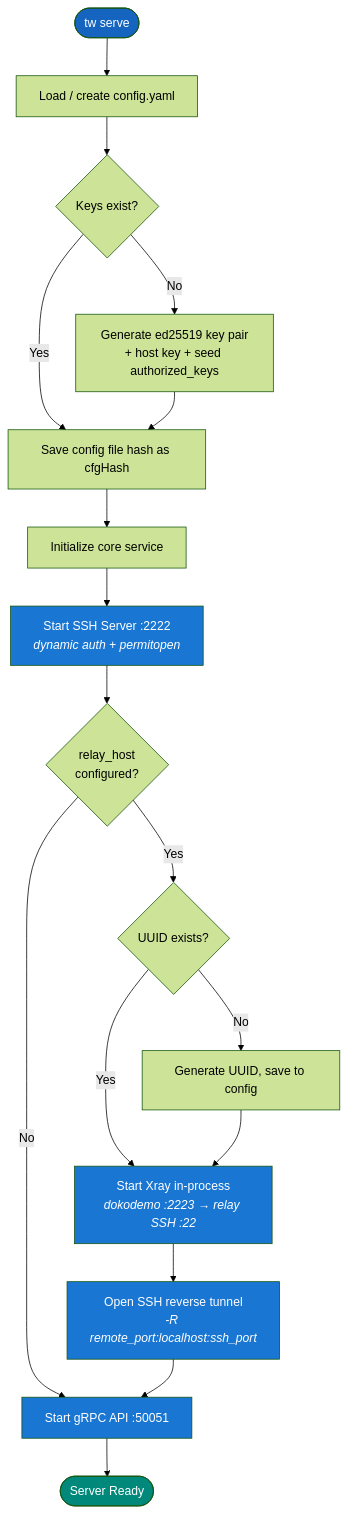
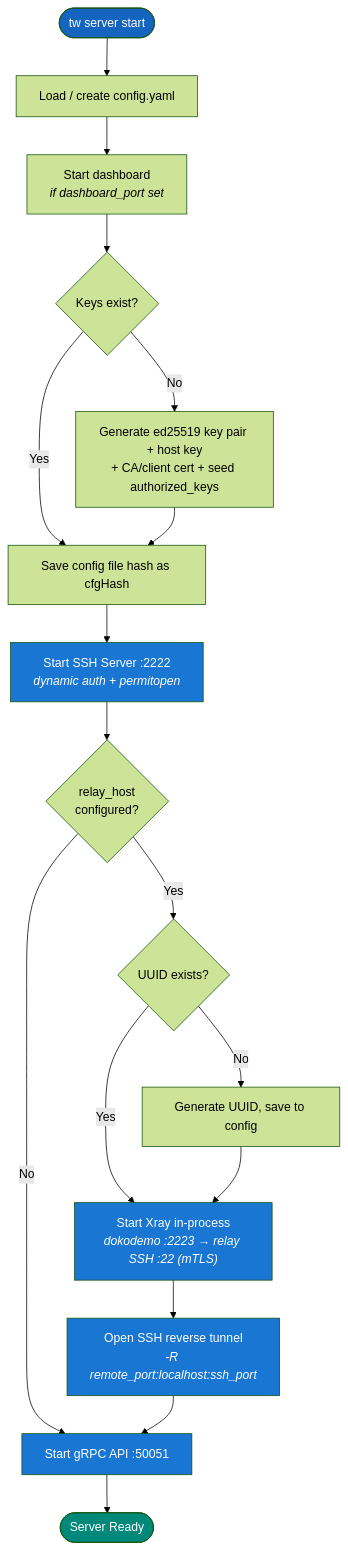
Before and after one commit to Tunnel-Whisperer/Tunnel-Whisperer: the first of 2 diagrams in docs/architecture/deployment.md, drawn with Mermaid (forest theme). The commit also changed other lines of this file and 45 other files, not shown here.

````diff
--- a/docs/architecture/deployment.md
+++ b/docs/architecture/deployment.md
@@ -136,27 +153,27 @@
 ```mermaid
 flowchart TD
-    START([tw serve]) --> LOAD[Load / create config.yaml]
-    LOAD --> KEYS{Keys exist?}
-    KEYS -->|No| GEN["Generate ed25519 key pair<br/>+ host key + seed authorized_keys"]
+    START([tw server start]) --> LOAD[Load / create config.yaml]
+    LOAD --> DASH["Start dashboard<br/><i>if dashboard_port set</i>"]
+    DASH --> KEYS{Keys exist?}
+    KEYS -->|No| GEN["Generate ed25519 key pair + host key<br/>+ CA/client cert + seed authorized_keys"]
     KEYS -->|Yes| HASH
     GEN --> HASH["Save config file hash as cfgHash"]
-    HASH --> INIT[Initialize core service]
-    INIT --> SSHD["Start SSH Server :2222<br/><i>dynamic auth + permitopen</i>"]
+    HASH --> SSHD["Start SSH Server :2222<br/><i>dynamic auth + permitopen</i>"]
     SSHD --> RELAY{relay_host<br/>configured?}
     RELAY -->|No| GRPC
     RELAY -->|Yes| UUID{UUID exists?}
     UUID -->|No| GENUUID[Generate UUID, save to config]
     UUID -->|Yes| XRAY
     GENUUID --> XRAY
-    XRAY["Start Xray in-process<br/><i>dokodemo :2223 → relay SSH :22</i>"]
+    XRAY["Start Xray in-process<br/><i>dokodemo :2223 → relay SSH :22 (mTLS)</i>"]
     XRAY --> RTUNNEL["Open SSH reverse tunnel<br/><i>-R remote_port:localhost:ssh_port</i>"]
     RTUNNEL --> GRPC["Start gRPC API :50051"]
     GRPC --> READY([Server Ready])
 
     style START fill:#1565C0,color:#fff
     style READY fill:#00897B,color:#fff
     style SSHD fill:#1976D2,color:#fff
     style XRAY fill:#1976D2,color:#fff
     style RTUNNEL fill:#1976D2,color:#fff
     style GRPC fill:#1976D2,color:#fff
 ```
````
